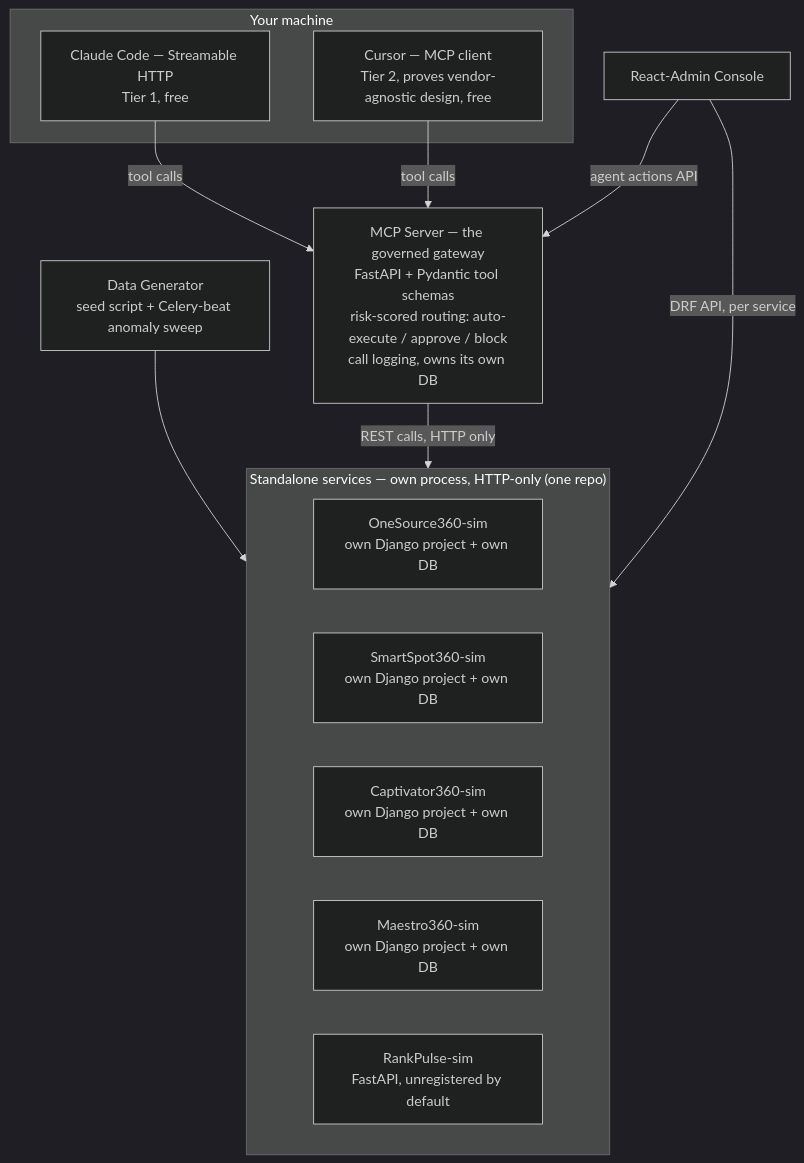
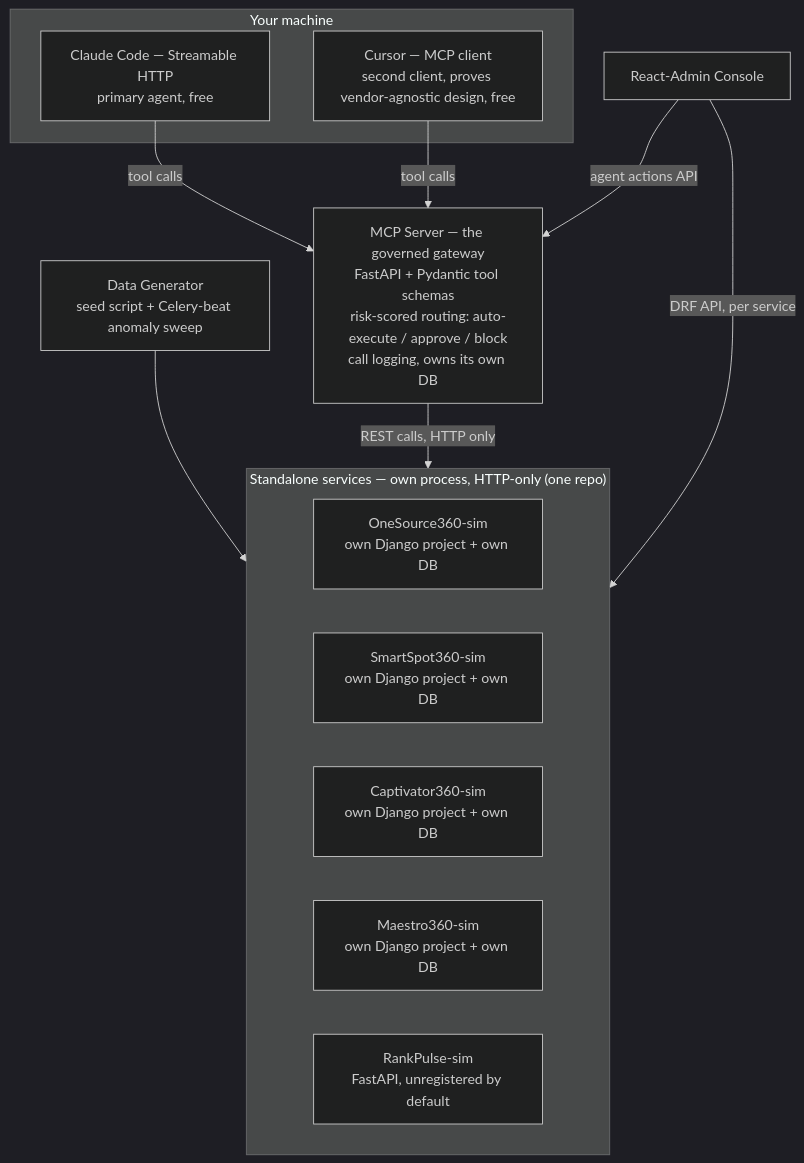
Before and after one commit to jeremys26/agentic-demo: the diagram in PLANNING.md, drawn with Mermaid (dark theme). The commit also changed other lines of this file and 25 other files, not shown here.

````diff
--- a/PLANNING.md
+++ b/PLANNING.md
@@ -87,25 +83,25 @@
 ```mermaid
 flowchart TB
     subgraph ClaudeSide["Your machine"]
-        CC[Claude Code — Streamable HTTP<br/>Tier 1, free]
-        CUR[Cursor — MCP client<br/>Tier 2, proves vendor-agnostic design, free]
+        CC[Claude Code — Streamable HTTP<br/>primary agent, free]
+        CUR[Cursor — MCP client<br/>second client, proves vendor-agnostic design, free]
     end
 
     subgraph Services["Standalone services — own process, HTTP-only (one repo)"]
         OS[OneSource360-sim<br/>own Django project + own DB]
         SS[SmartSpot360-sim<br/>own Django project + own DB]
         CA[Captivator360-sim<br/>own Django project + own DB]
         MA[Maestro360-sim<br/>own Django project + own DB]
         RP[RankPulse-sim<br/>FastAPI, unregistered by default]
     end
 
     Gen[Data Generator<br/>seed script + Celery-beat anomaly sweep] --> Services
 
     MCP[MCP Server — the governed gateway<br/>FastAPI + Pydantic tool schemas<br/>risk-scored routing: auto-execute / approve / block<br/>call logging, owns its own DB] -->|REST calls, HTTP only| Services
 
     CC -->|tool calls| MCP
     CUR -->|tool calls| MCP
 
     UI[React-Admin Console] -->|DRF API, per service| Services
     UI -->|agent actions API| MCP
 ```
````
